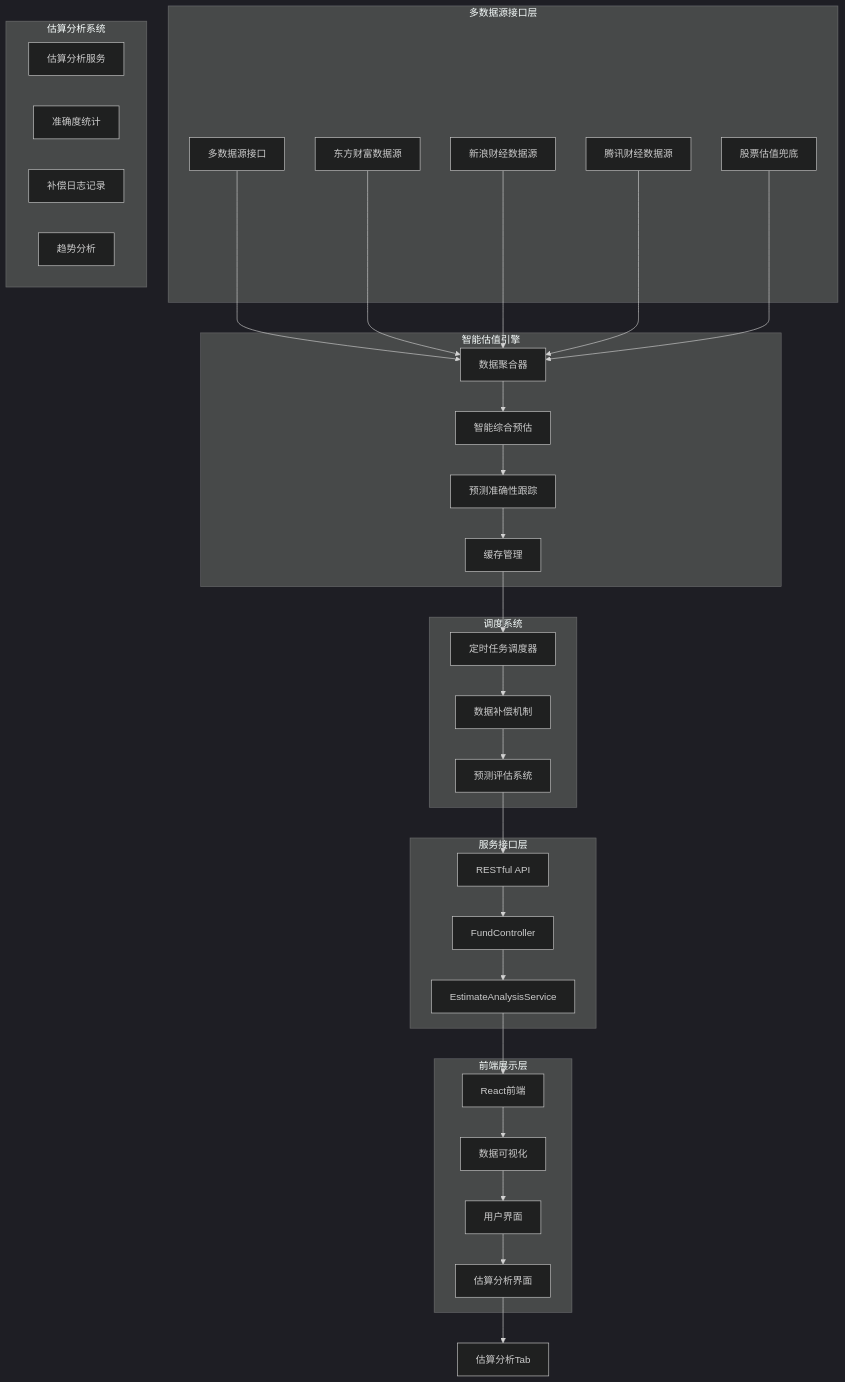
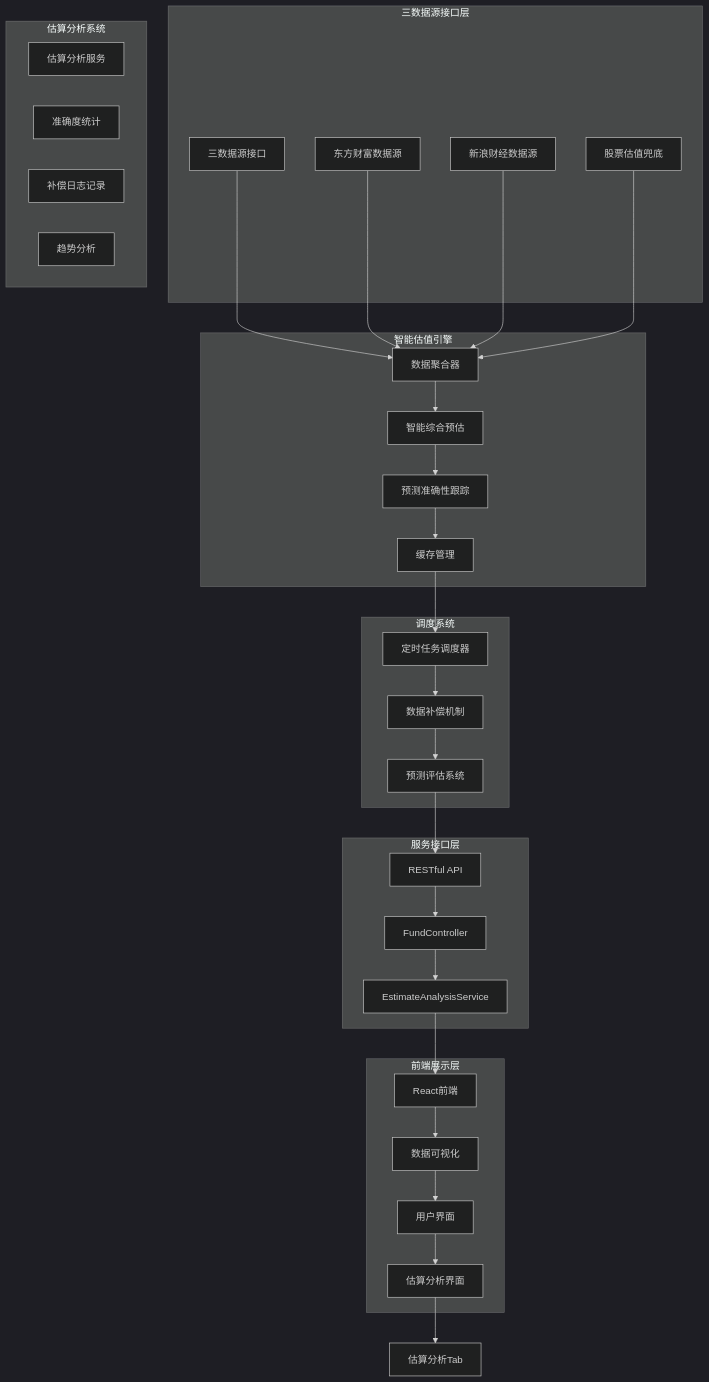
Before and after one commit to gree-coder/fund-butler: the first of 28 diagrams in .qoder/repowiki/zh/content/核心功能开发/多源基金估值系统.md, drawn with Mermaid (dark theme). The commit also changed other lines of this file and 5 other files, not shown here.

````diff
--- a/.qoder/repowiki/zh/content/核心功能开发/多源基金估值系统.md
+++ b/.qoder/repowiki/zh/content/核心功能开发/多源基金估值系统.md
@@ -79,57 +76,55 @@
 ```mermaid
 graph TB
-subgraph "多数据源接口层"
-A[多数据源接口]
+subgraph "三数据源接口层"
+A[三数据源接口]
 B[东方财富数据源]
 C[新浪财经数据源]
-D[腾讯财经数据源]
-E[股票估值兜底]
+D[股票估值兜底]
 end
 subgraph "智能估值引擎"
-F[数据聚合器]
-G[智能综合预估]
-H[预测准确性跟踪]
-I[缓存管理]
+E[数据聚合器]
+F[智能综合预估]
+G[预测准确性跟踪]
+H[缓存管理]
 end
 subgraph "估算分析系统"
-J[估算分析服务]
-K[准确度统计]
-L[补偿日志记录]
-M[趋势分析]
+I[估算分析服务]
+J[准确度统计]
+K[补偿日志记录]
+L[趋势分析]
 end
 subgraph "调度系统"
-N[定时任务调度器]
-O[数据补偿机制]
-P[预测评估系统]
+M[定时任务调度器]
+N[数据补偿机制]
+O[预测评估系统]
 end
 subgraph "服务接口层"
-Q[RESTful API]
-R[FundController]
-S[EstimateAnalysisService]
+P[RESTful API]
+Q[FundController]
+R[EstimateAnalysisService]
 end
 subgraph "前端展示层"
-T[React前端]
-U[数据可视化]
-V[用户界面]
-W[估算分析界面]
+S[React前端]
+T[数据可视化]
+U[用户界面]
+V[估算分析界面]
 end
-A --> F
-B --> F
-C --> F
-D --> F
+A --> E
+B --> E
+C --> E
+D --> E
 E --> F
 F --> G
 G --> H
-H --> I
-I --> N
+H --> M
+M --> N
 N --> O
 O --> P
 P --> Q
 Q --> R
 R --> S
 S --> T
 T --> U
 U --> V
-V --> W
-W --> X[估算分析Tab]
+V --> W[估算分析Tab]
 ```
````
